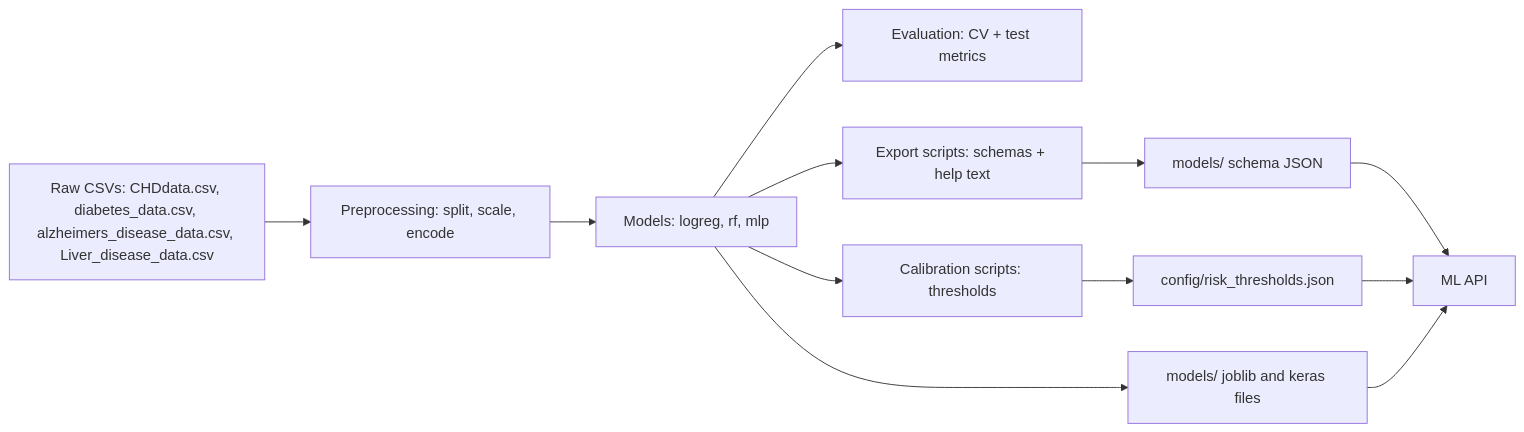
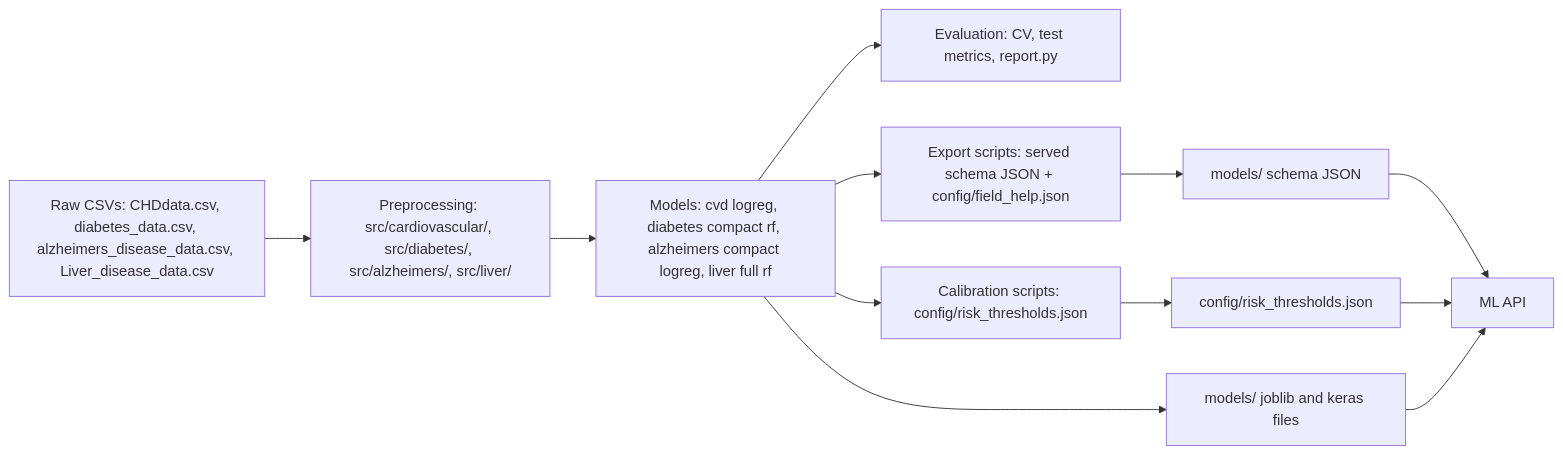
The fifth of 6 diagrams in docs/ARCHITECTURE.md (wiem-b-salem/multirisk-ai), drawn with Mermaid before and after one commit. The commit also changed other lines of this file, not shown here.

Commit message:
docs: add validation, frontend and testing sections and extend architecture to four diseases

````diff
--- a/docs/ARCHITECTURE.md
+++ b/docs/ARCHITECTURE.md
@@ -111,14 +132,14 @@
 ```mermaid
 flowchart LR
-    A["Raw CSVs: CHDdata.csv, diabetes_data.csv, alzheimers_disease_data.csv, Liver_disease_data.csv"] --> B["Preprocessing: split, scale, encode"]
-    B --> C["Models: logreg, rf, mlp"]
-    C --> D["Evaluation: CV + test metrics"]
-    C --> E["Export scripts: schemas + help text"]
-    C --> F["Calibration scripts: thresholds"]
+    A["Raw CSVs: CHDdata.csv, diabetes_data.csv, alzheimers_disease_data.csv, Liver_disease_data.csv"] --> B["Preprocessing: src/cardiovascular/, src/diabetes/, src/alzheimers/, src/liver/"]
+    B --> C["Models: cvd logreg, diabetes compact rf, alzheimers compact logreg, liver full rf"]
+    C --> D["Evaluation: CV, test metrics, report.py"]
+    C --> E["Export scripts: served schema JSON + config/field_help.json"]
+    C --> F["Calibration scripts: config/risk_thresholds.json"]
     E --> G["models/ schema JSON"]
     F --> H["config/risk_thresholds.json"]
     C --> I["models/ joblib and keras files"]
     G --> J["ML API"]
     H --> J
     I --> J
 ```
````
